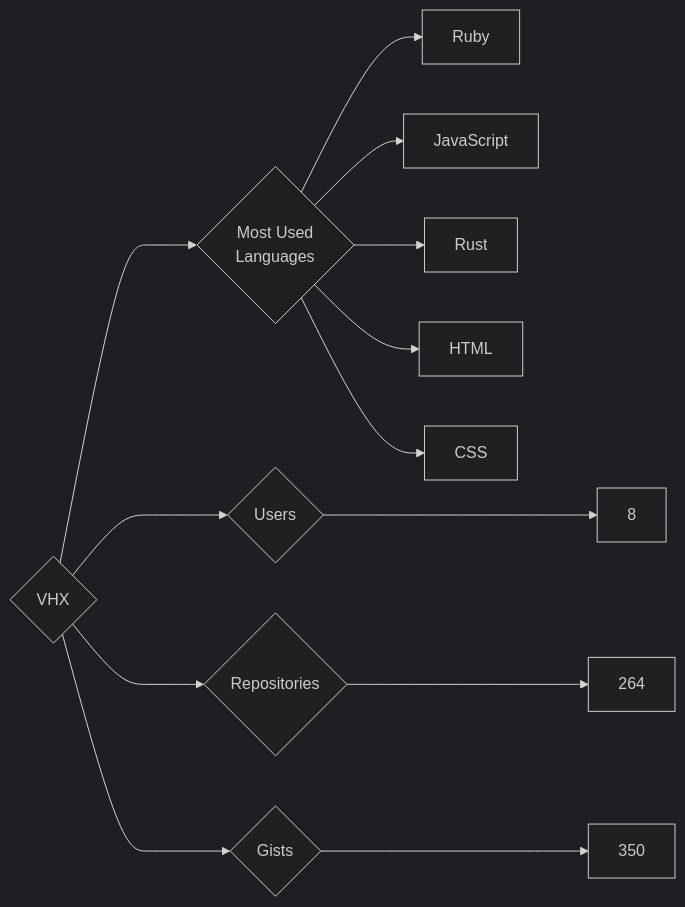
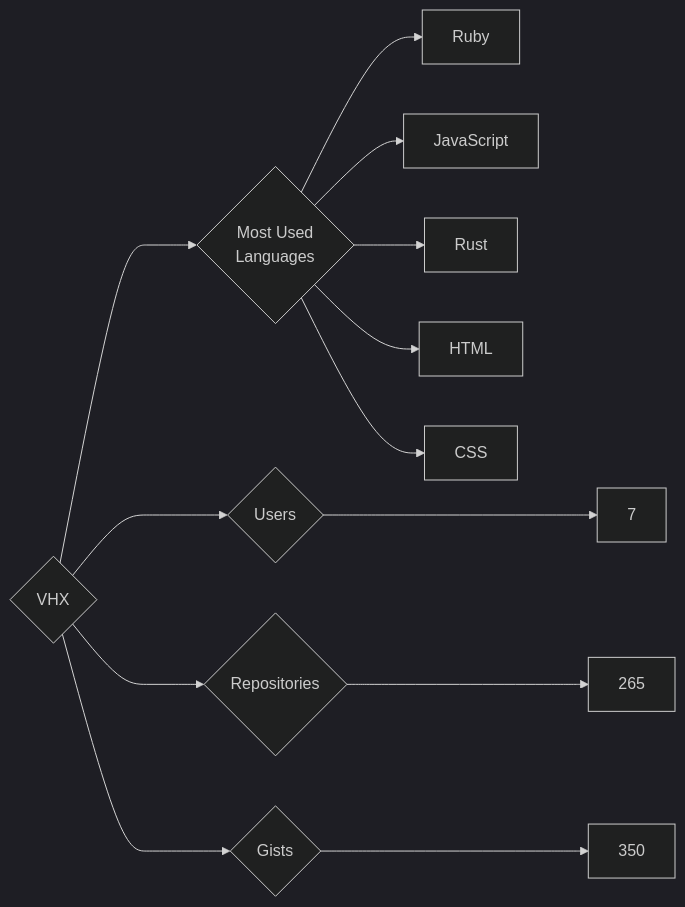
One commit to trickest/insiders changed the diagram in targets/VHX/README.md. Above: the diagram before and after it, drawn with Mermaid (dark theme). The commit also changed 806 other files, not shown here.

````diff
--- a/targets/VHX/README.md
+++ b/targets/VHX/README.md
@@ -3,13 +3,13 @@
 ```mermaid
 graph LR
 COMPANY_NAME{VHX}
-COMPANY_NAME ---> U{Users} ---> UN[8]
-COMPANY_NAME ---> R{Repositories} ---> RN[264]
+COMPANY_NAME ---> U{Users} ---> UN[7]
+COMPANY_NAME ---> R{Repositories} ---> RN[265]
 COMPANY_NAME ---> G{Gists} ---> GN[350]
 COMPANY_NAME ---> ML{Most Used<br>Languages}
 ML --> Ruby[Ruby]
 ML --> JavaScript[JavaScript]
 ML --> Rust[Rust]
 ML --> HTML[HTML]
 ML --> CSS[CSS]
 ```
````
